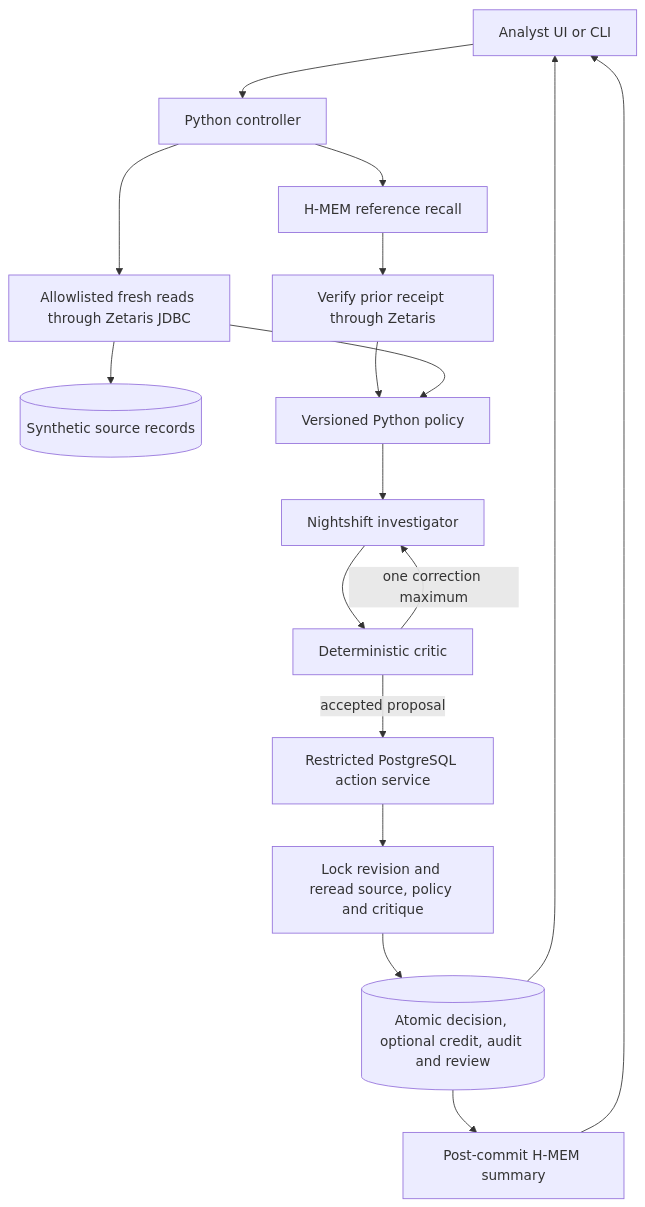
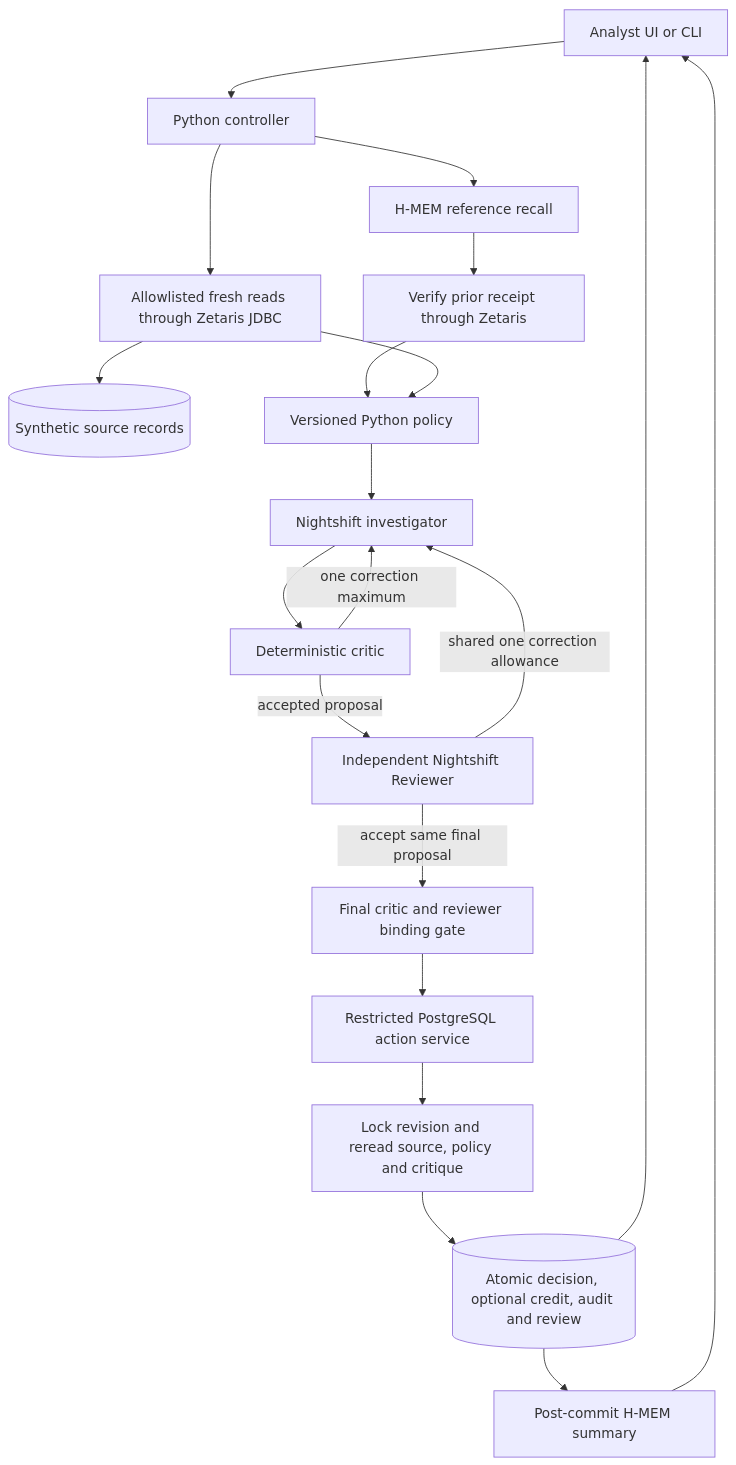
The diagram in docs/submission/ARCHITECTURE.md (rachelanneliew/Open-Agent-Hackathon), drawn with Mermaid before and after one commit. The commit also changed other lines of this file and 30 other files, not shown here.

````diff
--- a/docs/submission/ARCHITECTURE.md
+++ b/docs/submission/ARCHITECTURE.md
@@ -7,19 +8,22 @@
 ```mermaid
 flowchart TD
     A[Analyst UI or CLI] --> C[Python controller]
     C --> Z[Allowlisted fresh reads through Zetaris JDBC]
     Z --> S[(Synthetic source records)]
     C --> M[H-MEM reference recall]
     M --> V[Verify prior receipt through Zetaris]
     V --> P[Versioned Python policy]
     Z --> P
     P --> N[Nightshift investigator]
     N --> K[Deterministic critic]
     K -->|one correction maximum| N
-    K -->|accepted proposal| W[Restricted PostgreSQL action service]
+    K -->|accepted proposal| R[Independent Nightshift Reviewer]
+    R -->|shared one correction allowance| N
+    R -->|accept same final proposal| F[Final critic and reviewer binding gate]
+    F --> W[Restricted PostgreSQL action service]
     W --> G[Lock revision and reread source, policy and critique]
     G --> D[(Atomic decision, optional credit, audit and review)]
     D --> H[Post-commit H-MEM summary]
     D --> A
     H --> A
 ```
````
